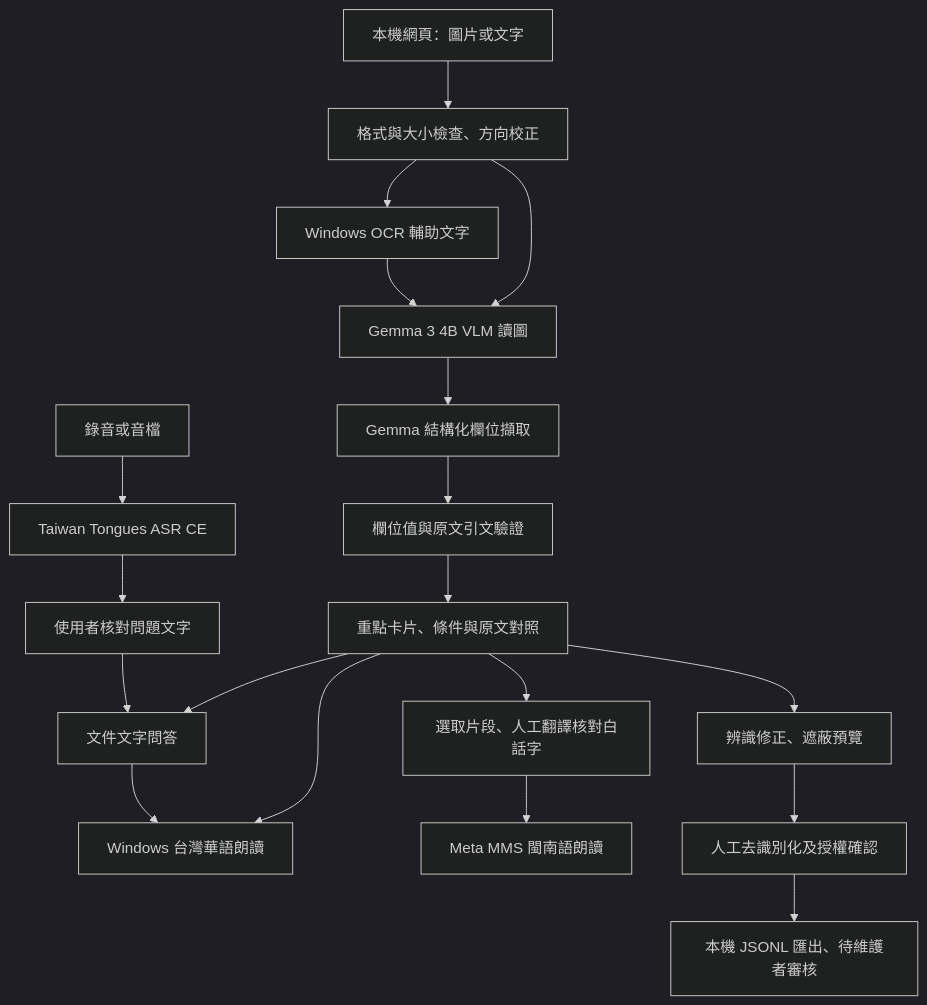
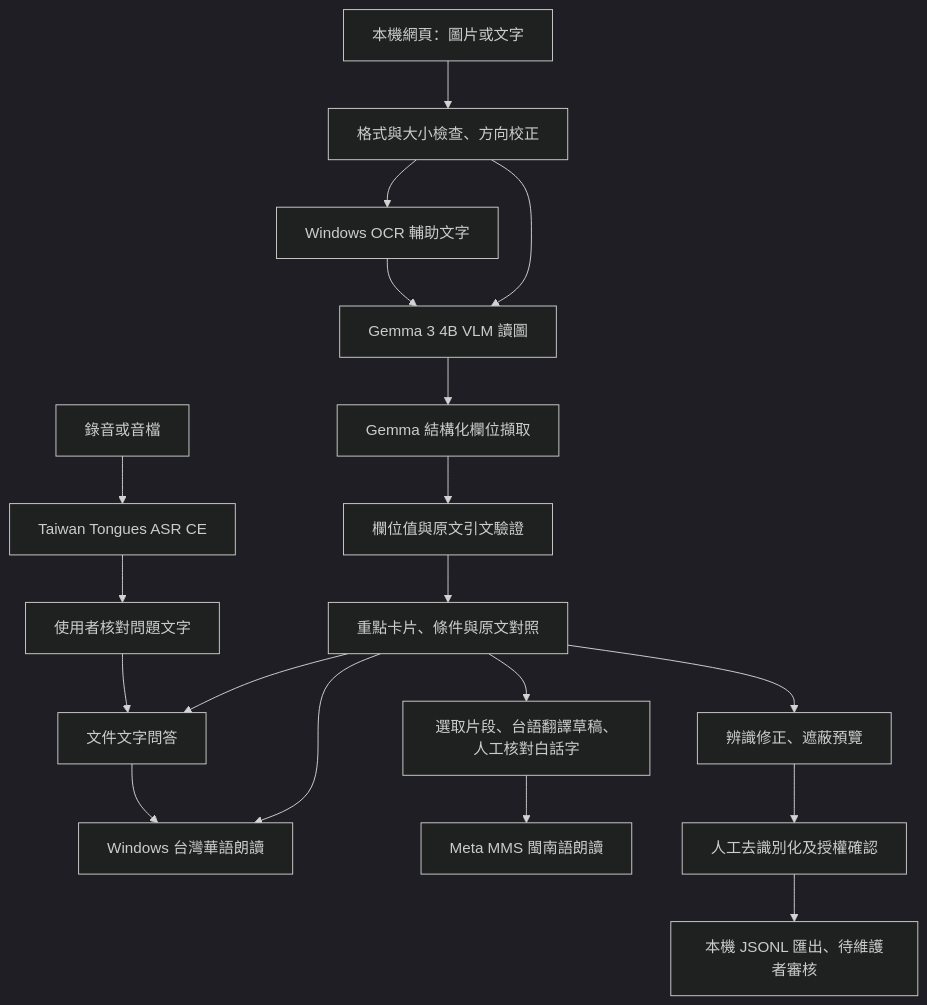
The diagram in SUBMISSION.md (JimmyLiu616/paper-voice), drawn with Mermaid (dark theme) before and after one commit. The commit also changed other lines of this file and 30 other files, not shown here.

````diff
--- a/SUBMISSION.md
+++ b/SUBMISSION.md
@@ -23,21 +23,21 @@
 ```mermaid
 flowchart TD
   A[本機網頁：圖片或文字] --> B[格式與大小檢查、方向校正]
   B --> C[Windows OCR 輔助文字]
   B --> D[Gemma 3 4B VLM 讀圖]
   C --> D
   D --> E[Gemma 結構化欄位擷取]
   E --> F[欄位值與原文引文驗證]
   F --> G[重點卡片、條件與原文對照]
   G --> H[Windows 台灣華語朗讀]
   G --> I[文件文字問答]
   Q[錄音或音檔] --> R[Taiwan Tongues ASR CE]
   R --> S[使用者核對問題文字]
   S --> I
   I --> H
-  G --> J[選取片段、人工翻譯核對白話字]
+  G --> J[選取片段、台語翻譯草稿、人工核對白話字]
   J --> K[Meta MMS 閩南語朗讀]
   G --> L[辨識修正、遮蔽預覽]
   L --> M[人工去識別化及授權確認]
   M --> N[本機 JSONL 匯出、待維護者審核]
 ```
````
